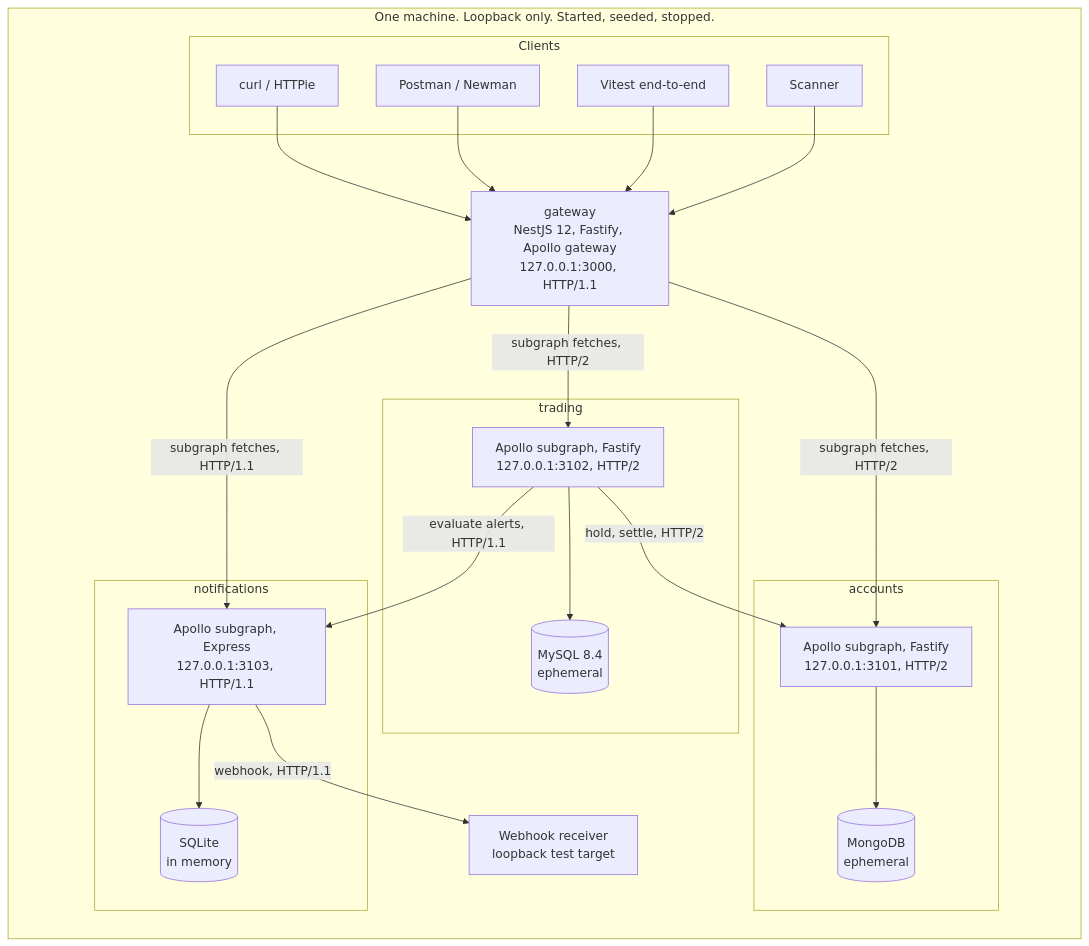
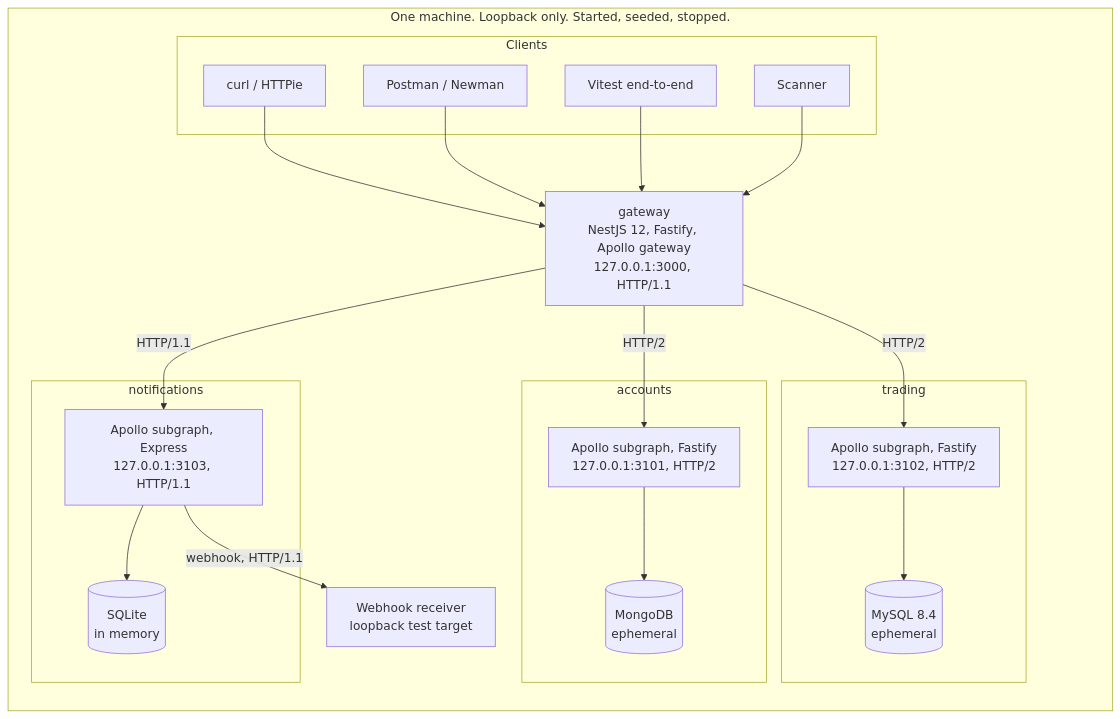
Before and after one commit to zazzcode/vuln-nestjs: the first of 4 diagrams in .zazz/architecture/project.md, drawn with Mermaid. The commit also changed other lines of this file and 53 other files, not shown here.

````diff
--- a/.zazz/architecture/project.md
+++ b/.zazz/architecture/project.md
@@ -52,38 +51,36 @@
 ```mermaid
 flowchart LR
     subgraph Host["One machine. Loopback only. Started, seeded, stopped."]
         subgraph Clients["Clients"]
             CLI["curl / HTTPie"]
             PM["Postman / Newman"]
             VT["Vitest end-to-end"]
             SC["Scanner"]
         end
         GW["gateway<br/>NestJS 12, Fastify, Apollo gateway<br/>127.0.0.1:3000, HTTP/1.1"]
         subgraph AC["accounts"]
             ACS["Apollo subgraph, Fastify<br/>127.0.0.1:3101, HTTP/2"]
             ACM[("MongoDB<br/>ephemeral")]
         end
         subgraph TR["trading"]
             TRS["Apollo subgraph, Fastify<br/>127.0.0.1:3102, HTTP/2"]
             TRM[("MySQL 8.4<br/>ephemeral")]
         end
         subgraph NO["notifications"]
             NOS["Apollo subgraph, Express<br/>127.0.0.1:3103, HTTP/1.1"]
             NOSQ[("SQLite<br/>in memory")]
         end
         WR["Webhook receiver<br/>loopback test target"]
     end
     CLI --> GW
     PM --> GW
     VT --> GW
     SC --> GW
-    GW -- "subgraph fetches, HTTP/2" --> ACS
-    GW -- "subgraph fetches, HTTP/2" --> TRS
-    GW -- "subgraph fetches, HTTP/1.1" --> NOS
+    GW -- "HTTP/2" --> ACS
+    GW -- "HTTP/2" --> TRS
+    GW -- "HTTP/1.1" --> NOS
     ACS --> ACM
     TRS --> TRM
     NOS --> NOSQ
-    TRS -- "hold, settle, HTTP/2" --> ACS
-    TRS -- "evaluate alerts, HTTP/1.1" --> NOS
     NOS -- "webhook, HTTP/1.1" --> WR
 ```
````
